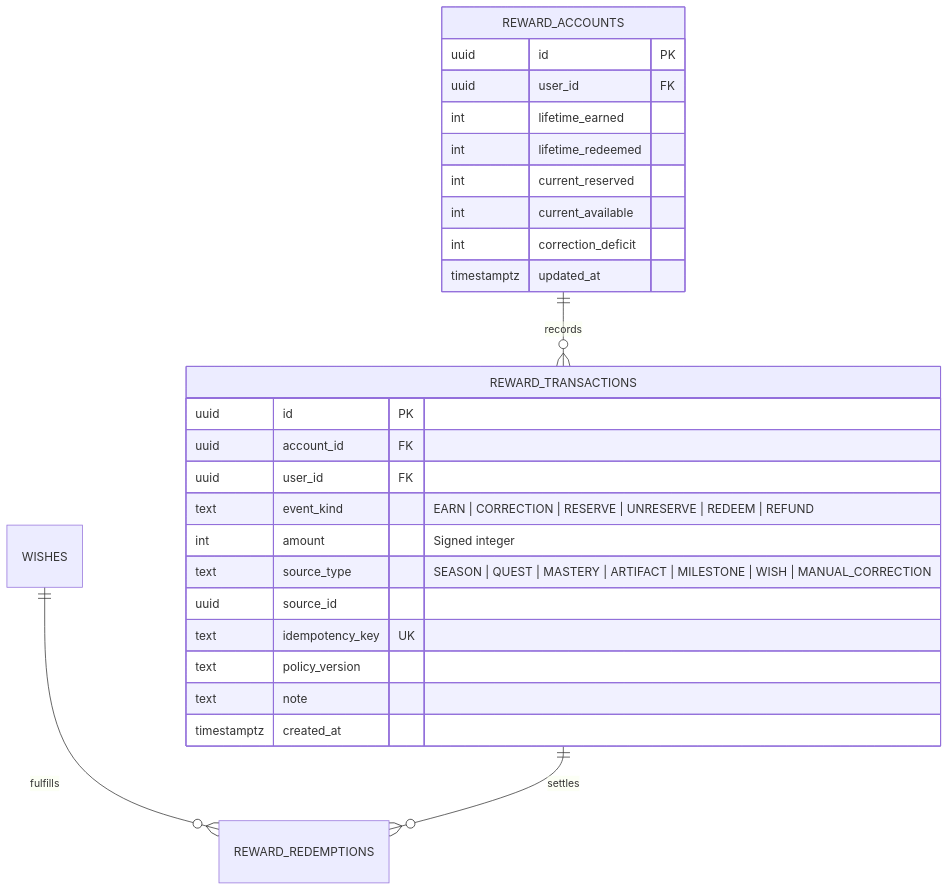
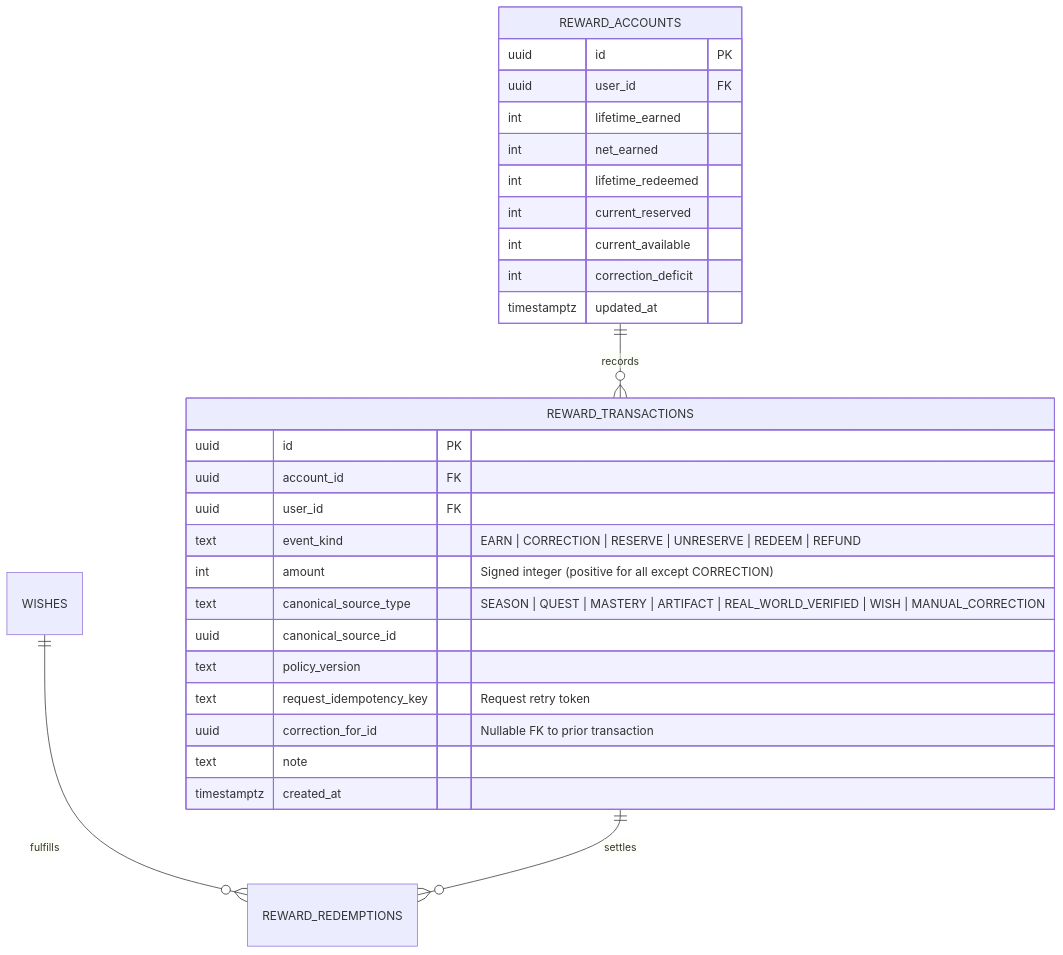
One commit to Daylily-Huang/AI-Personal-Growth-RPG changed the first of 2 diagrams in docs/Phase8/06_REWARD_ECONOMY_AND_WISHES_SPEC.md. Above: the diagram before and after it, drawn with Mermaid. The commit also changed other lines of this file and 11 other files, not shown here.

````diff
--- a/docs/Phase8/06_REWARD_ECONOMY_AND_WISHES_SPEC.md
+++ b/docs/Phase8/06_REWARD_ECONOMY_AND_WISHES_SPEC.md
@@ -46,31 +54,33 @@
 ```mermaid
 erDiagram
     REWARD_ACCOUNTS ||--o{ REWARD_TRANSACTIONS : records
     WISHES ||--o{ REWARD_REDEMPTIONS : fulfills
     REWARD_TRANSACTIONS ||--o{ REWARD_REDEMPTIONS : settles
     
     REWARD_ACCOUNTS {
         uuid id PK
         uuid user_id FK
         int lifetime_earned
+        int net_earned
         int lifetime_redeemed
         int current_reserved
         int current_available
         int correction_deficit
         timestamptz updated_at
     }
     
     REWARD_TRANSACTIONS {
         uuid id PK
         uuid account_id FK
         uuid user_id FK
         text event_kind "EARN | CORRECTION | RESERVE | UNRESERVE | REDEEM | REFUND"
-        int amount "Signed integer"
-        text source_type "SEASON | QUEST | MASTERY | ARTIFACT | MILESTONE | WISH | MANUAL_CORRECTION"
-        uuid source_id
-        text idempotency_key UK
+        int amount "Signed integer (positive for all except CORRECTION)"
+        text canonical_source_type "SEASON | QUEST | MASTERY | ARTIFACT | REAL_WORLD_VERIFIED | WISH | MANUAL_CORRECTION"
+        uuid canonical_source_id
         text policy_version
+        text request_idempotency_key "Request retry token"
+        uuid correction_for_id "Nullable FK to prior transaction"
         text note
         timestamptz created_at
     }
 ```
````
